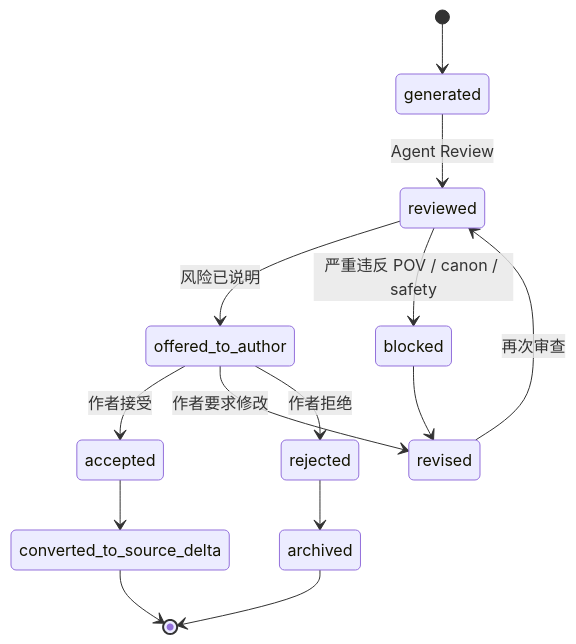
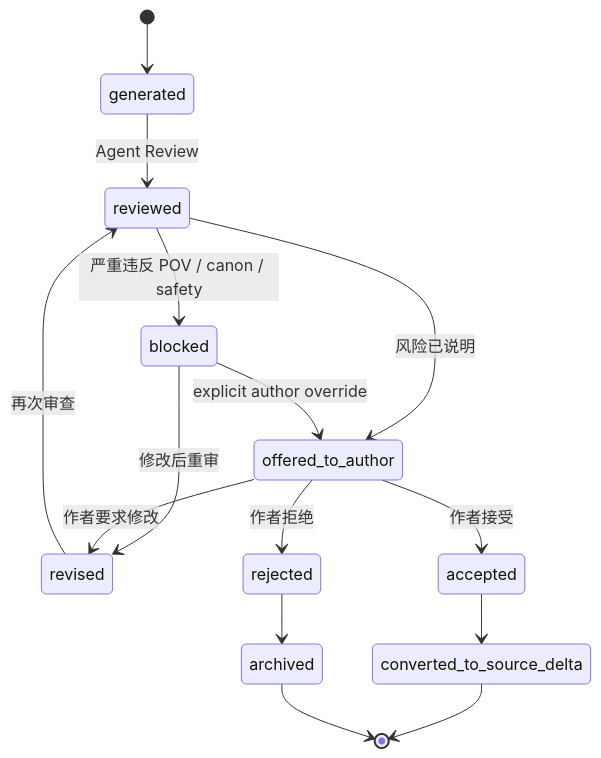
Before and after one commit to FrankQDWang/sextantlabs: the first of 5 diagrams in goals/24-draft-candidate-lifecycle.md, drawn with Mermaid. The commit also changed other lines of this file and 13 other files, not shown here.

````diff
--- a/goals/24-draft-candidate-lifecycle.md
+++ b/goals/24-draft-candidate-lifecycle.md
@@ -20,16 +20,17 @@
 ```mermaid
 stateDiagram-v2
     [*] --> generated
     generated --> reviewed: Agent Review
     reviewed --> offered_to_author: 风险已说明
     reviewed --> blocked: 严重违反 POV / canon / safety
+    blocked --> revised: 修改后重审
+    blocked --> offered_to_author: explicit author override
     offered_to_author --> accepted: 作者接受
     offered_to_author --> revised: 作者要求修改
     offered_to_author --> rejected: 作者拒绝
     revised --> reviewed: 再次审查
     accepted --> converted_to_source_delta
     rejected --> archived
-    blocked --> revised
     converted_to_source_delta --> [*]
     archived --> [*]
 ```
````
